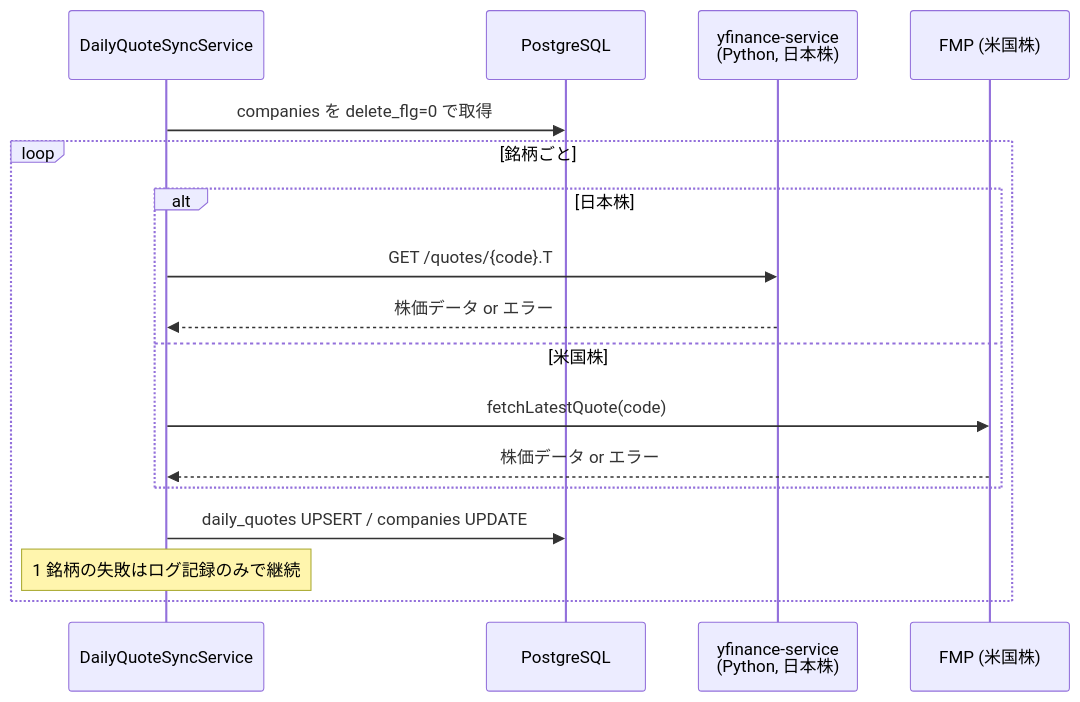
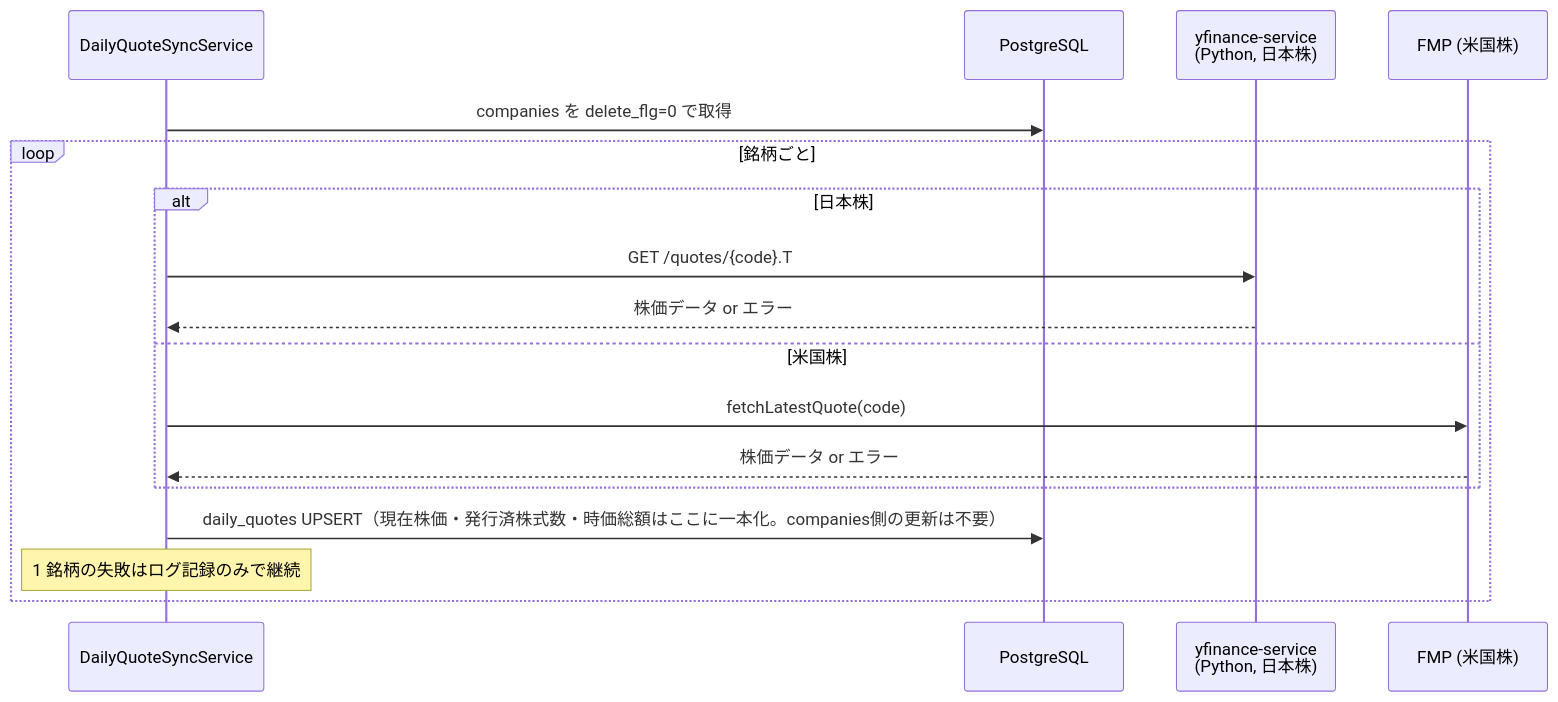
One commit to gitogitosnack/TheFairValueC2 changed the second of 4 diagrams in docs/batch-market-data-sync-design.md. Above: the diagram before and after it, drawn with Mermaid. The commit also changed other lines of this file and 9 other files, not shown here.

````diff
--- a/docs/batch-market-data-sync-design.md
+++ b/docs/batch-market-data-sync-design.md
@@ -361,20 +369,20 @@
 ```mermaid
 sequenceDiagram
     participant DQS as DailyQuoteSyncService
     participant DB as PostgreSQL
     participant Yfin as yfinance-service<br/>(Python, 日本株)
     participant FMP as FMP (米国株)
 
     DQS->>DB: companies を delete_flg=0 で取得
     loop 銘柄ごと
         alt 日本株
             DQS->>Yfin: GET /quotes/{code}.T
             Yfin-->>DQS: 株価データ or エラー
         else 米国株
             DQS->>FMP: fetchLatestQuote(code)
             FMP-->>DQS: 株価データ or エラー
         end
-        DQS->>DB: daily_quotes UPSERT / companies UPDATE
+        DQS->>DB: daily_quotes UPSERT（現在株価・発行済株式数・時価総額はここに一本化。companies側の更新は不要）
         Note over DQS: 1 銘柄の失敗はログ記録のみで継続
     end
 ```
````
